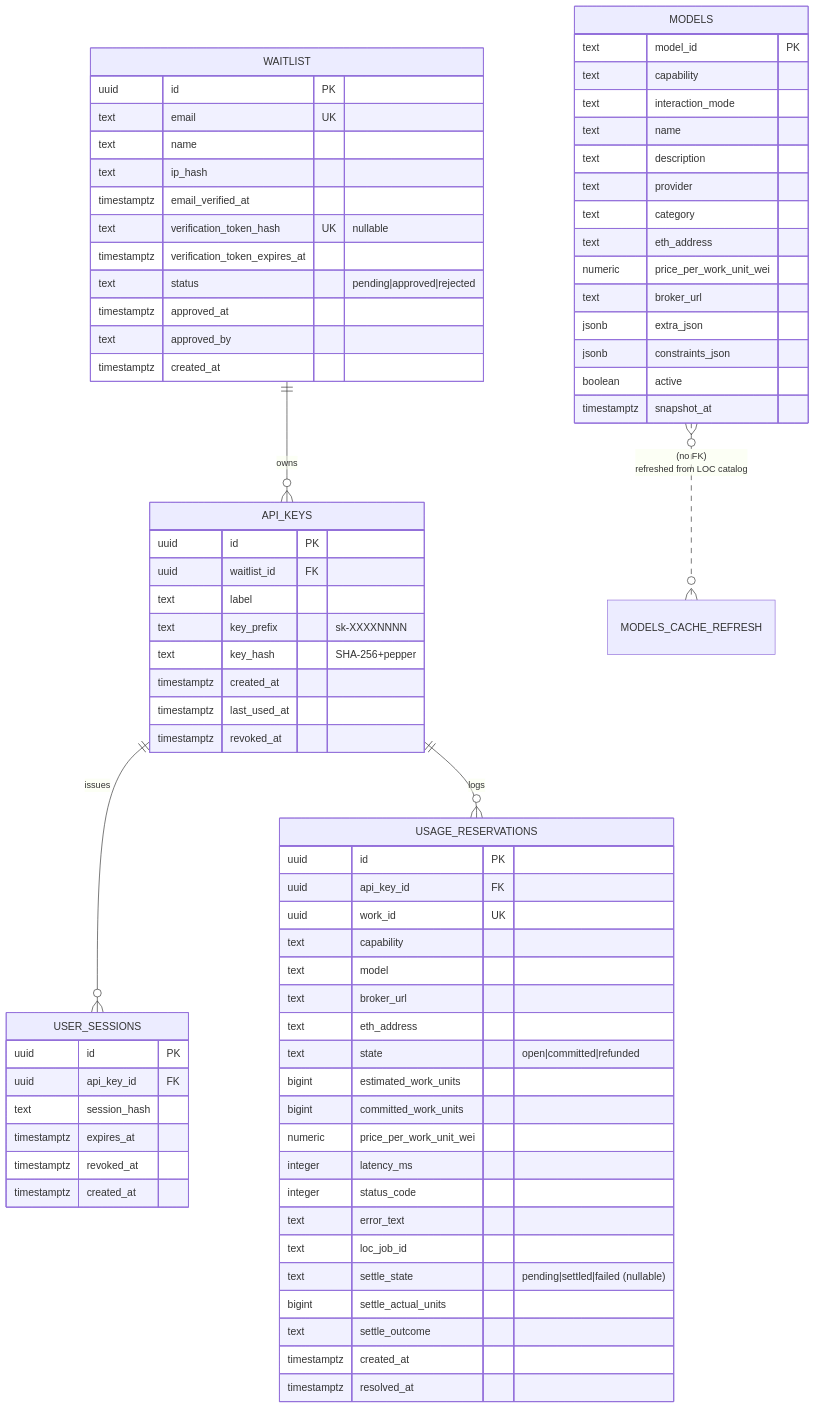
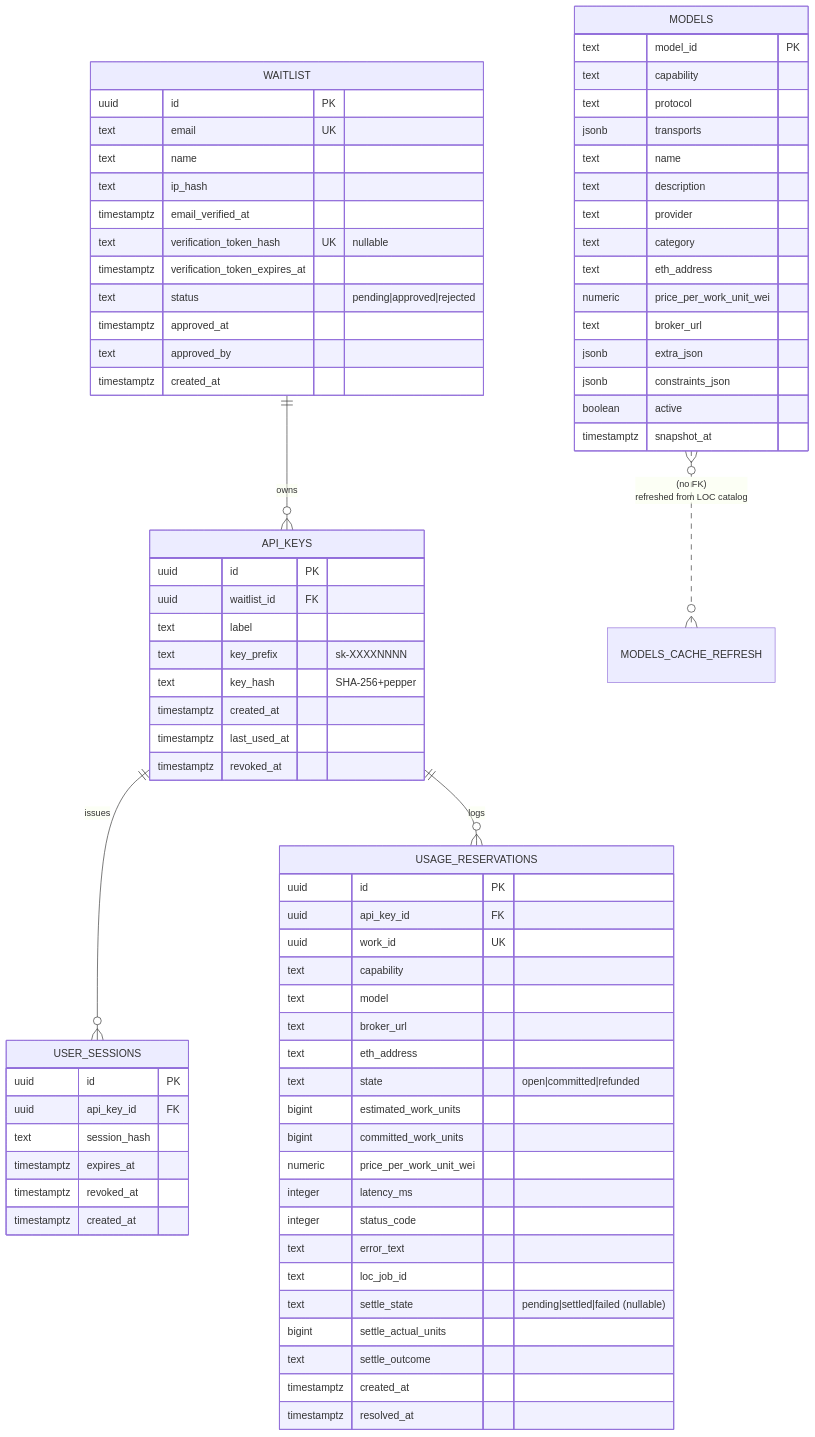
Before and after one commit to Cloud-SPE/livepeer-modules-openai-gateway: the second of 7 diagrams in ARCHITECTURE.md, drawn with Mermaid. The commit also changed other lines of this file and 15 other files, not shown here.

````diff
--- a/ARCHITECTURE.md
+++ b/ARCHITECTURE.md
@@ -104,81 +104,82 @@
 ```mermaid
 erDiagram
   WAITLIST ||--o{ API_KEYS : "owns"
   API_KEYS ||--o{ USER_SESSIONS : "issues"
   API_KEYS ||--o{ USAGE_RESERVATIONS : "logs"
   MODELS }o..o{ MODELS_CACHE_REFRESH : "(no FK)<br/>refreshed from LOC catalog"
 
   WAITLIST {
     uuid id PK
     text email UK
     text name
     text ip_hash
     timestamptz email_verified_at
     text verification_token_hash UK "nullable"
     timestamptz verification_token_expires_at
     text status "pending|approved|rejected"
     timestamptz approved_at
     text approved_by
     timestamptz created_at
   }
 
   API_KEYS {
     uuid id PK
     uuid waitlist_id FK
     text label
     text key_prefix "sk-XXXXNNNN"
     text key_hash "SHA-256+pepper"
     timestamptz created_at
     timestamptz last_used_at
     timestamptz revoked_at
   }
 
   USER_SESSIONS {
     uuid id PK
     uuid api_key_id FK
     text session_hash
     timestamptz expires_at
     timestamptz revoked_at
     timestamptz created_at
   }
 
   USAGE_RESERVATIONS {
     uuid id PK
     uuid api_key_id FK
     uuid work_id UK
     text capability
     text model
     text broker_url
     text eth_address
     text state "open|committed|refunded"
     bigint estimated_work_units
     bigint committed_work_units
     numeric price_per_work_unit_wei
     integer latency_ms
     integer status_code
     text error_text
     text loc_job_id
     text settle_state "pending|settled|failed (nullable)"
     bigint settle_actual_units
     text settle_outcome
     timestamptz created_at
     timestamptz resolved_at
   }
 
   MODELS {
     text model_id PK
     text capability
-    text interaction_mode
+    text protocol
+    jsonb transports
     text name
     text description
     text provider
     text category
     text eth_address
     numeric price_per_work_unit_wei
     text broker_url
     jsonb extra_json
     jsonb constraints_json
     boolean active
     timestamptz snapshot_at
   }
 ```
````
